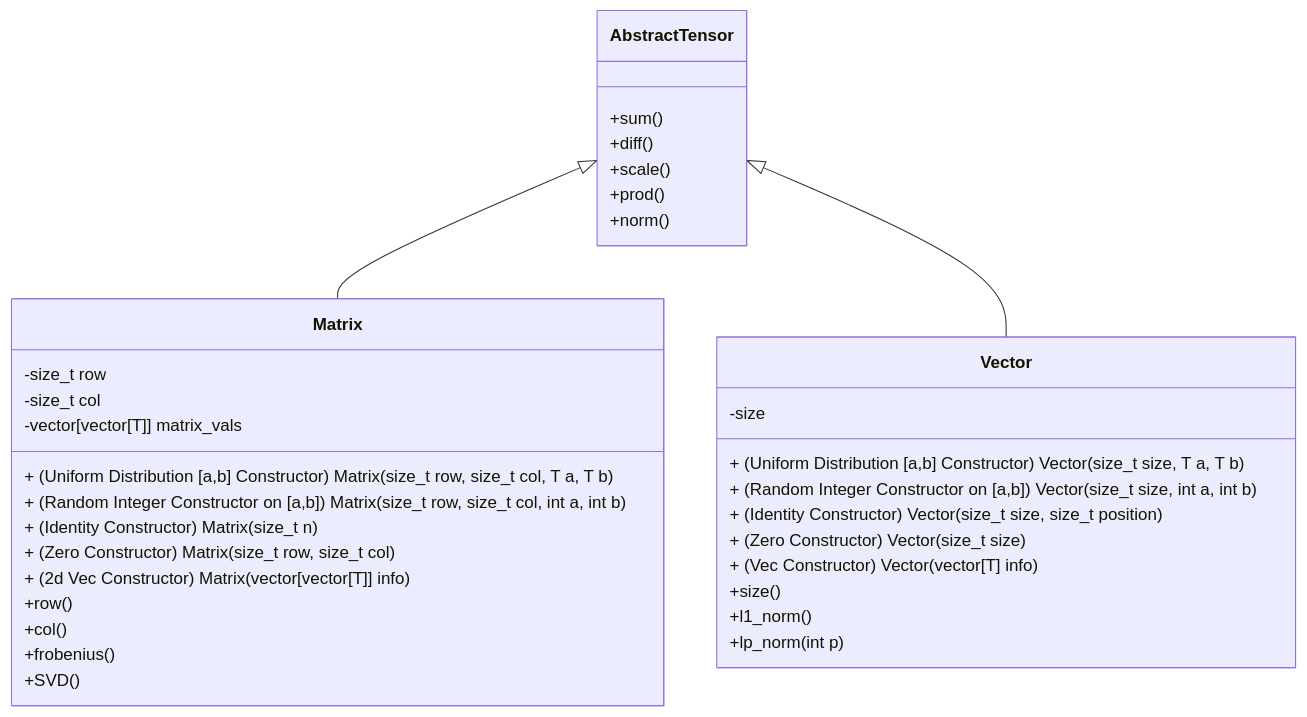
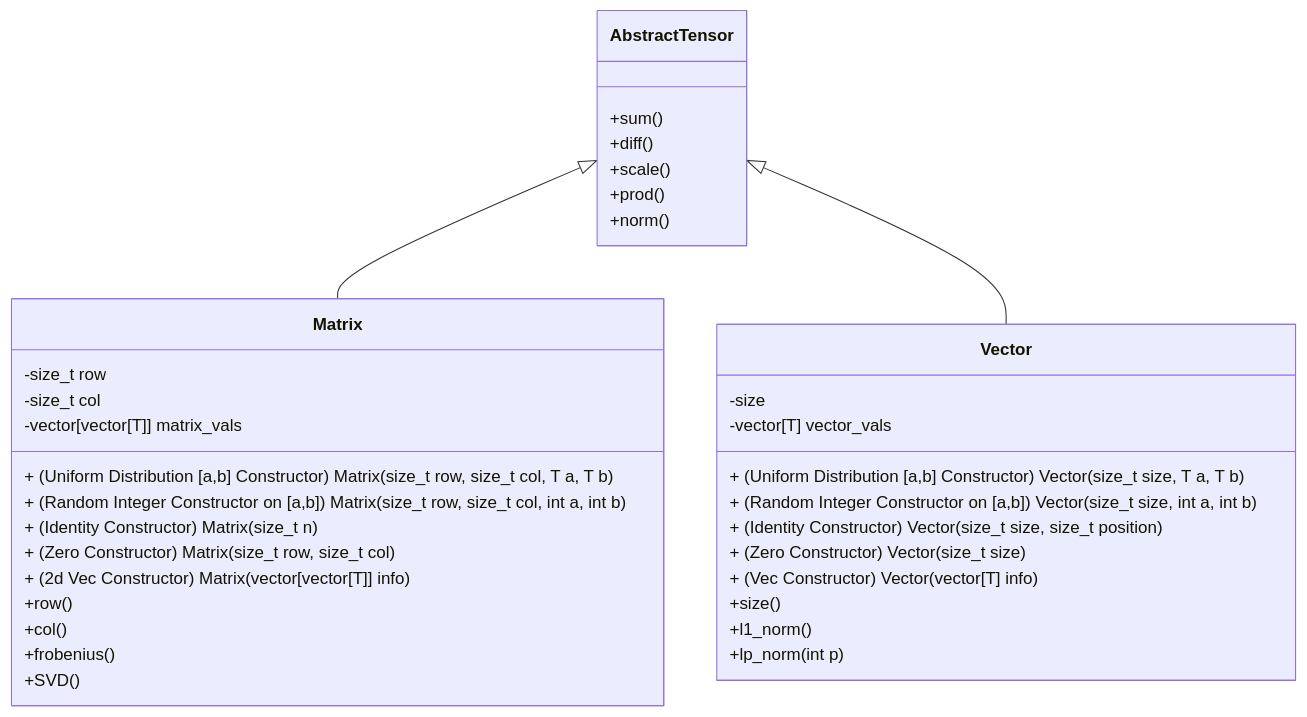
One commit to ThomasTorres2024/PythonNLA changed the diagram in README.md. Above: the diagram before and after it, drawn with Mermaid. The commit also changed other lines of this file, not shown here.

Commit message:
forgot to add a field for vector

````diff
--- a/README.md
+++ b/README.md
@@ -18,45 +18,46 @@
 ```mermaid
 classDiagram
     AbstractTensor <|-- Matrix
     AbstractTensor <|-- Vector
 	
     AbstractTensor : +sum()
     AbstractTensor : +diff()
     AbstractTensor : +scale()
     AbstractTensor : +prod()
     AbstractTensor : +norm()
     
     Matrix : -size_t row
     Matrix : -size_t col
     Matrix : -vector[vector[T]] matrix_vals
     
     
     Matrix : + (Uniform Distribution [a,b] Constructor) Matrix(size_t row, size_t col, T a, T b)
     Matrix : + (Random Integer Constructor on [a,b]) Matrix(size_t row, size_t col, int a, int b)
     Matrix : + (Identity Constructor) Matrix(size_t n)
     Matrix : + (Zero Constructor) Matrix(size_t row, size_t col)
     Matrix : + (2d Vec Constructor) Matrix(vector[vector[T]] info)
 	
 	
     Matrix : +row()
     Matrix : +col()
     Matrix : +frobenius()
     Matrix : +SVD()
     
     Vector : -size
+    Vector : -vector[T] vector_vals
     
     Vector : + (Uniform Distribution [a,b] Constructor) Vector(size_t size, T a, T b)
     Vector : + (Random Integer Constructor on [a,b]) Vector(size_t size, int a, int b)
     Vector : + (Identity Constructor) Vector(size_t size, size_t position)
     Vector : + (Zero Constructor) Vector(size_t size)
     Vector : + (Vec Constructor) Vector(vector[T] info)
 	
     
     
     Vector : +size()
     Vector : +l1_norm()
     Vector : +lp_norm(int p)
     
     
     
 ```
````
